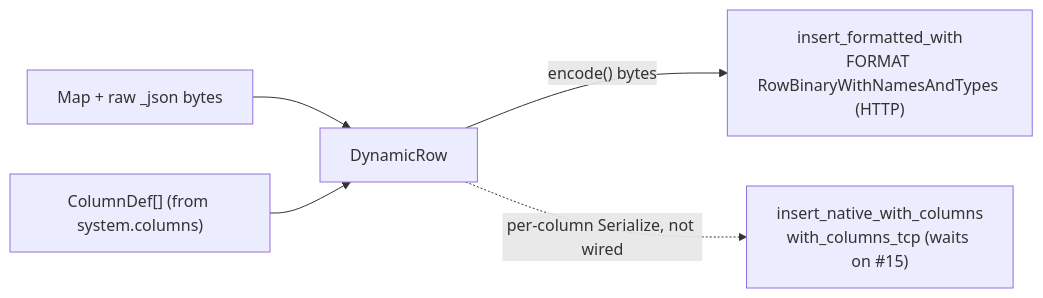
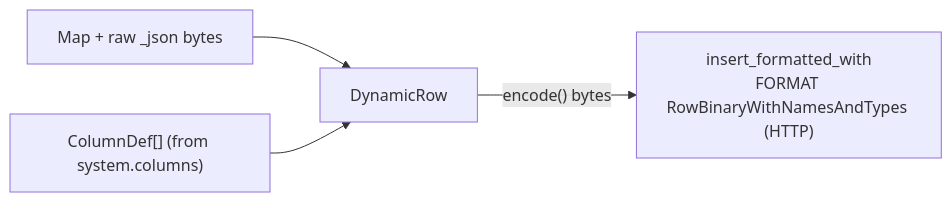
The diagram in docs/clickhouse/clickhouse-ext.md (hyperi-io/dfe-loader), drawn with Mermaid before and after one commit. The commit also changed other lines of this file and 77 other files, not shown here.

````diff
--- a/docs/clickhouse/clickhouse-ext.md
+++ b/docs/clickhouse/clickhouse-ext.md
@@ -49,10 +33,9 @@
 ```mermaid
 flowchart LR
     M["Map<String,Value> + raw _json bytes"]
     CD["ColumnDef[] (from system.columns)"]
     DR["DynamicRow"]
     M --> DR
     CD --> DR
     DR -->|"encode() bytes"| IFW["insert_formatted_with<br/>FORMAT RowBinaryWithNamesAndTypes (HTTP)"]
-    DR -.->|per-column Serialize, not wired| INC["insert_native_with_columns<br/>with_columns_tcp (waits on #15)"]
 ```
````
